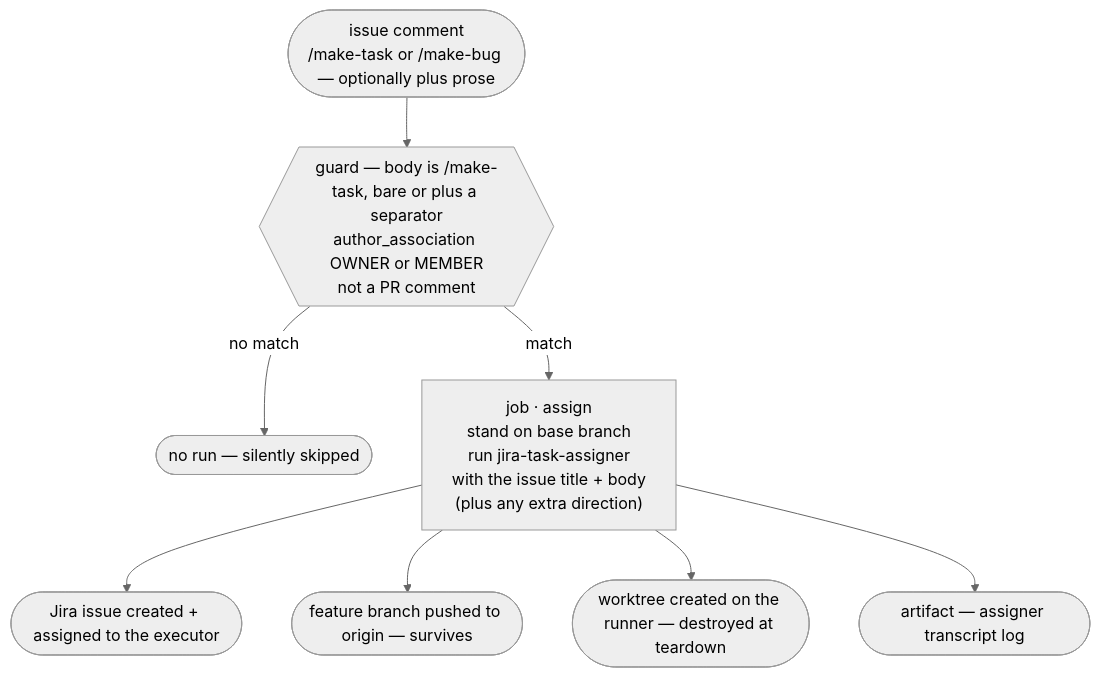
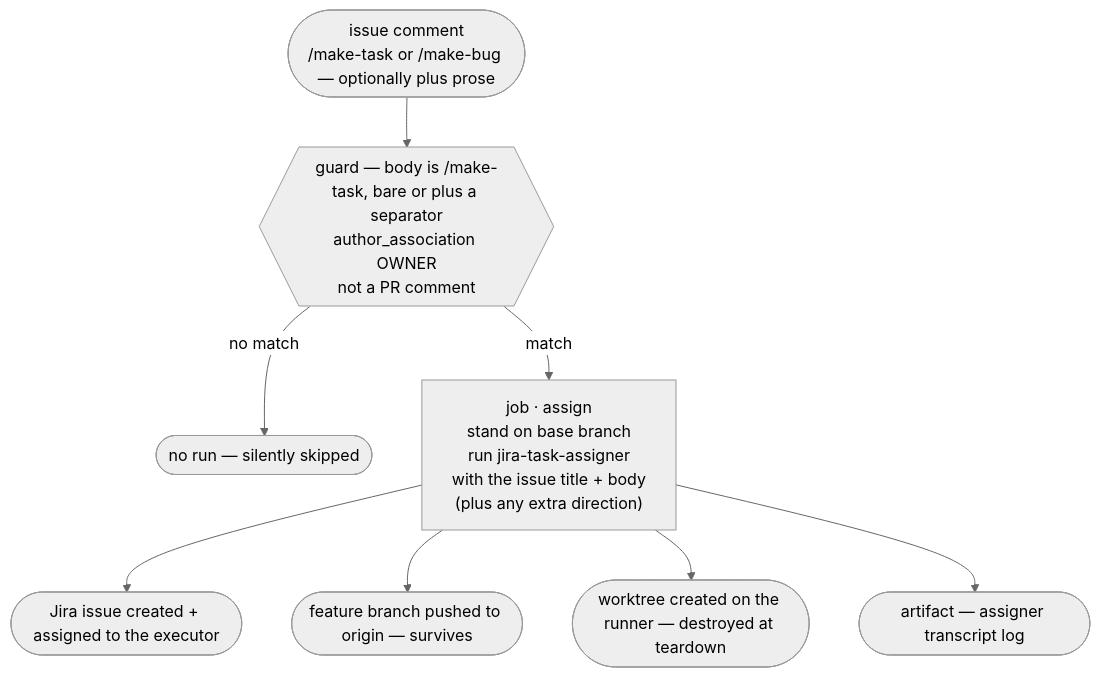
One commit to kantorv/jira-sdlc-tools changed the diagram in plugins/jira-sdlc/docs/applications/ci-issue-to-task-demo.md. Above: the diagram before and after it, drawn with Mermaid (neutral theme). The commit also changed other lines of this file and 5 other files, not shown here.

````diff
--- a/plugins/jira-sdlc/docs/applications/ci-issue-to-task-demo.md
+++ b/plugins/jira-sdlc/docs/applications/ci-issue-to-task-demo.md
@@ -35,10 +35,10 @@
 ```mermaid
 flowchart TB
-    C(["issue comment<br>/make-task or /make-bug — optionally plus prose"]) --> GA{{"guard — body is /make-task, bare or plus a separator<br>author_association OWNER or MEMBER<br>not a PR comment"}}
+    C(["issue comment<br>/make-task or /make-bug — optionally plus prose"]) --> GA{{"guard — body is /make-task, bare or plus a separator<br>author_association OWNER<br>not a PR comment"}}
     GA -->|no match| X([no run — silently skipped])
     GA -->|match| J["job · assign<br>stand on base branch<br>run jira-task-assigner<br>with the issue title + body<br>(plus any extra direction)"]
     J --> R1([Jira issue created + assigned to the executor])
     J --> R2([feature branch pushed to origin — survives])
     J --> R3([worktree created on the runner — destroyed at teardown])
     J --> R4([artifact — assigner transcript log])
 ```
````
